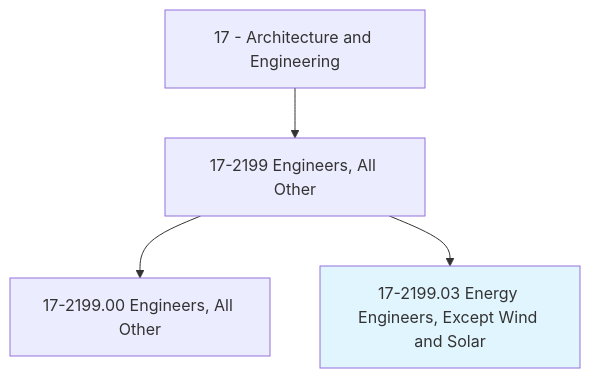
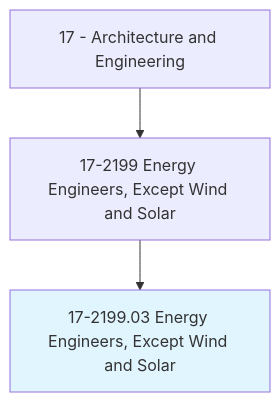
Before and after one commit to kziemski/business.org.ai: the first of 4 diagrams in occupations/Architecture/EnergyEngineersExceptWindAndSolar.mdx, drawn with Mermaid. The commit also changed other lines of this file and 938 other files, not shown here.

````diff
--- a/occupations/Architecture/EnergyEngineersExceptWindAndSolar.mdx
+++ b/occupations/Architecture/EnergyEngineersExceptWindAndSolar.mdx
@@ -19,7 +23,6 @@
 ```mermaid
 graph TD
-    Cat17["17 - Architecture and Engineering"] --> Group172199["17-2199 Engineers, All Other"]
-    Group172199 --> Base["17-2199.00 Engineers, All Other"]
+    Cat17["17 - Architecture and Engineering"] --> Group172199["17-2199 Energy Engineers, Except Wind and Solar"]
     Group172199 --> Current["17-2199.03 Energy Engineers, Except Wind and Solar"]
     style Current fill:#e1f5fe
 ```
````
